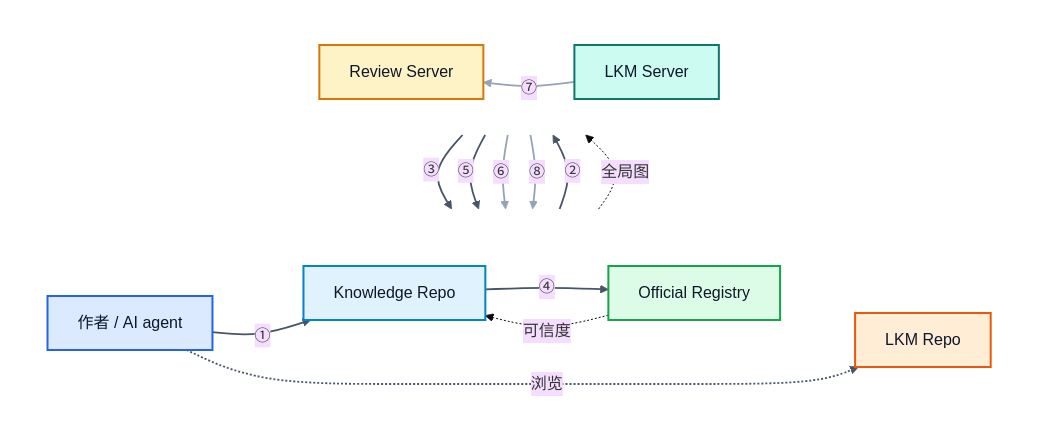
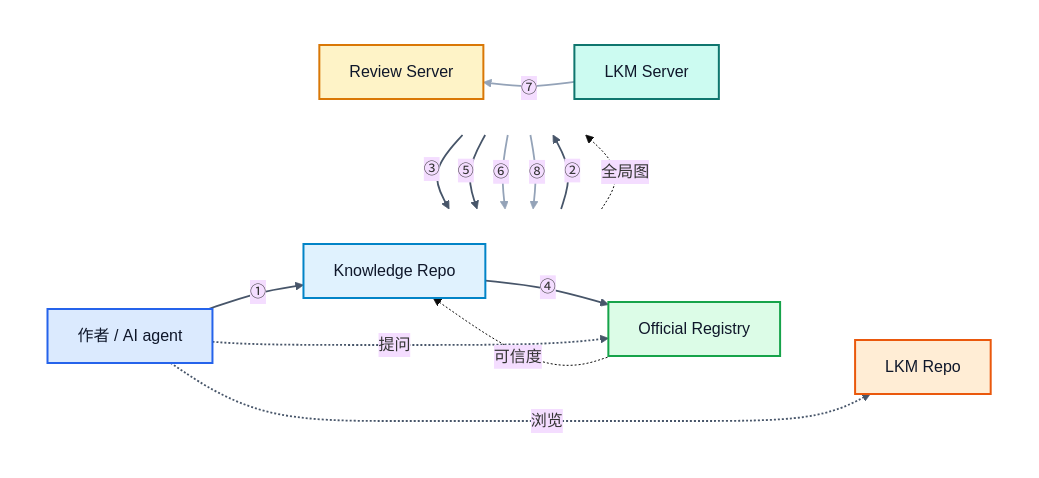
The diagram in docs/foundations/rationale/decentralized-architecture.md (newtontech/Gaia), drawn with Mermaid (base theme) before and after one commit. The commit also changed other lines of this file and 5 other files, not shown here.

First line of the commit message:
docs(rationale): consistency pass — open questions, cross-refs, curation flow fixes

````diff
--- a/docs/foundations/rationale/decentralized-architecture.md
+++ b/docs/foundations/rationale/decentralized-architecture.md
@@ -54,54 +54,55 @@
 ```mermaid
 graph TB
     subgraph Row1[" "]
         direction LR
         Author["作者 / AI agent"]:::author
         PKG["Knowledge Repo"]:::pkg
         REG["Official Registry"]:::registry
         LKMR["LKM Repo"]:::lkmrepo
     end
 
     subgraph Row2[" "]
         direction LR
         GhostL[" "]:::ghost
         RS["Review Server"]:::review
         LKM["LKM Server"]:::lkm
         GhostR[" "]:::ghost
     end
 
     Author --- PKG
     PKG --- REG
     REG --- LKMR
     GhostL --- RS
     RS --- LKM
     LKM --- GhostR
 
     Author -->|"①"| PKG
     Author -->|"②"| RS
     RS -->|"③"| PKG
     PKG -->|"④"| REG
 
     Author -.->|"浏览"| LKMR
+    Author -.->|"提问"| REG
     LKM -->|"⑤"| LKMR
     LKM -->|"⑥"| PKG
     LKM -->|"⑦"| RS
     LKM -->|"⑧"| REG
 
     REG -.->|"全局图"| LKM
     REG -.->|"可信度"| PKG
 
     classDef author fill:#DBEAFE,stroke:#2563EB,stroke-width:2px,color:#0F172A;
     classDef review fill:#FEF3C7,stroke:#D97706,stroke-width:2px,color:#0F172A;
     classDef lkm fill:#CCFBF1,stroke:#0F766E,stroke-width:2px,color:#0F172A;
     classDef pkg fill:#E0F2FE,stroke:#0284C7,stroke-width:2px,color:#0F172A;
     classDef registry fill:#DCFCE7,stroke:#16A34A,stroke-width:2px,color:#0F172A;
     classDef lkmrepo fill:#FFEDD5,stroke:#EA580C,stroke-width:2px,color:#0F172A;
     classDef ghost fill:transparent,stroke:transparent,color:transparent;
 
     style Row1 fill:transparent,stroke:transparent
     style Row2 fill:transparent,stroke:transparent
 
     linkStyle 0,1,2,3,4,5 stroke:transparent
-    linkStyle 12,13,14 stroke:#94A3B8,stroke-width:1.8px
-    linkStyle 6,7,8,9,10,11 stroke:#475569,stroke-width:1.8px
+    linkStyle 13,14,15 stroke:#94A3B8,stroke-width:1.8px
+    linkStyle 6,7,8,9,10,11,12 stroke:#475569,stroke-width:1.8px
 ```
````
